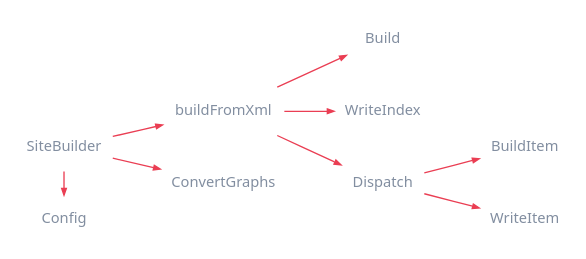
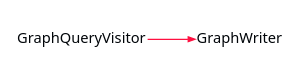
The diagram in Current/images/internal-diagram-10.dot (CharlesCarley/MdDox), drawn with Graphviz before and after one commit. The commit also changed 837 other files, not shown here.

```diff
--- a/Current/images/internal-diagram-10.dot
+++ b/Current/images/internal-diagram-10.dot
@@ -1,26 +1,26 @@
-
 digraph {
-     bgcolor = none;
-     rankdir = "LR";
-     node [
-         shape     = none
-         fontname  = "Segoe UI"
-         fontcolor = "#828EA0FF"
-         fontsize  = "11"
-     ]
-     edge [
-         arrowsize = "0.5"
-         color     = "#EA3E53FF"
-     ]
-     SiteBuilder->Config;
-
-     {rank=same Config SiteBuilder}
-
-     SiteBuilder->buildFromXml
-     buildFromXml->Build
-     buildFromXml->WriteIndex
-     buildFromXml->Dispatch
-     Dispatch->BuildItem
-     Dispatch->WriteItem
-     SiteBuilder->ConvertGraphs
+ rankdir = "LR"
+ bgcolor = none;
+ layout  = dot;
+ edge [
+   arrowsize = "0.5"
+   color     = "#FF1040FF"
+ ]
+ W93RrGf[
+   shape    = none
+   label    = "GraphQueryVisitor"
+   margin   = "0.01"
+   fontname = "Segoe UI"
+   fontsize = "11"
+   fontcolor= "#010509FF"
+ ]
+ W13RrGf[
+   shape    = none
+   label    = "GraphWriter"
+   margin   = "0.01"
+   fontname = "Segoe UI"
+   fontsize = "11"
+   fontcolor= "#010509FF"
+ ]
+ W93RrGf->W13RrGf
 }
```
